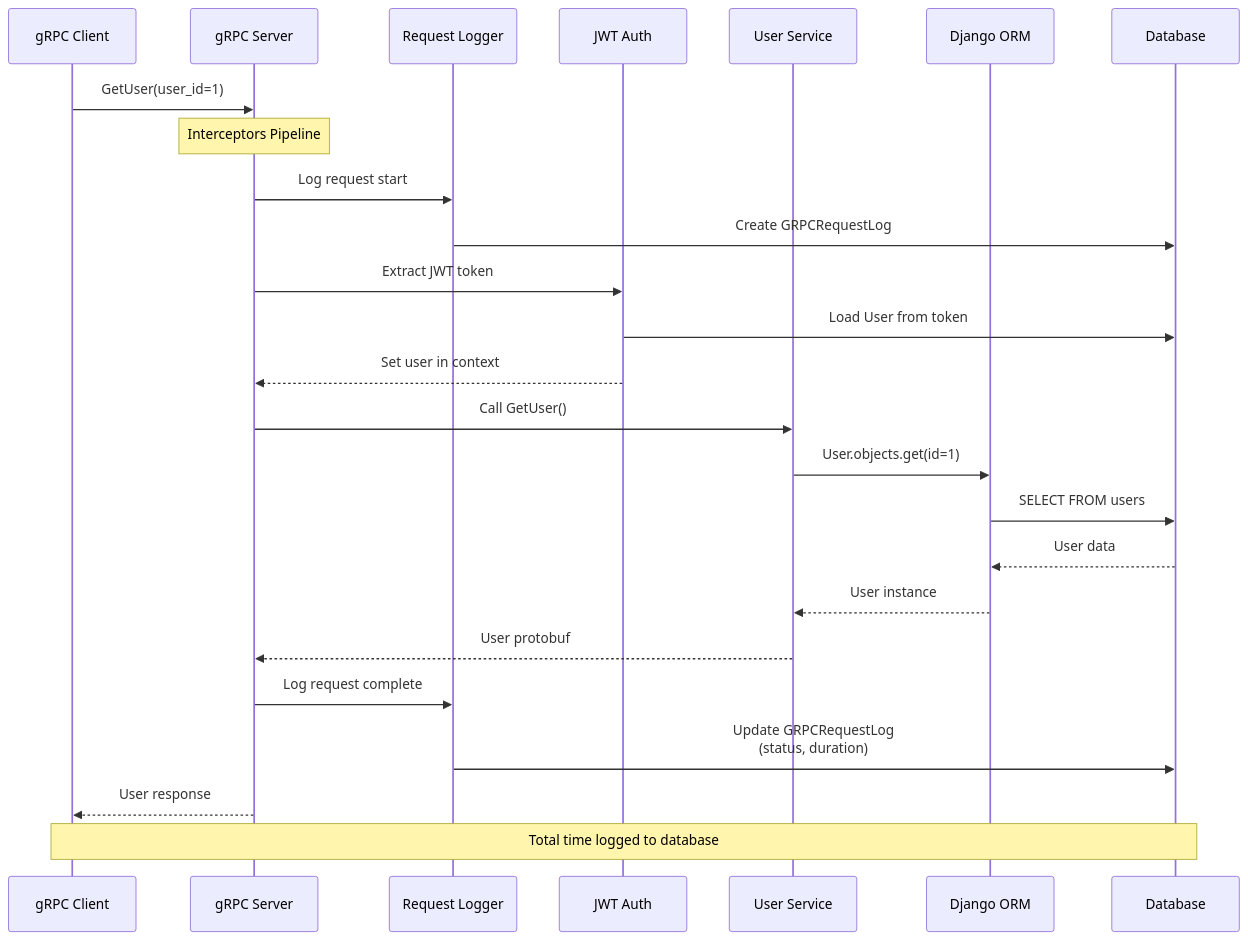
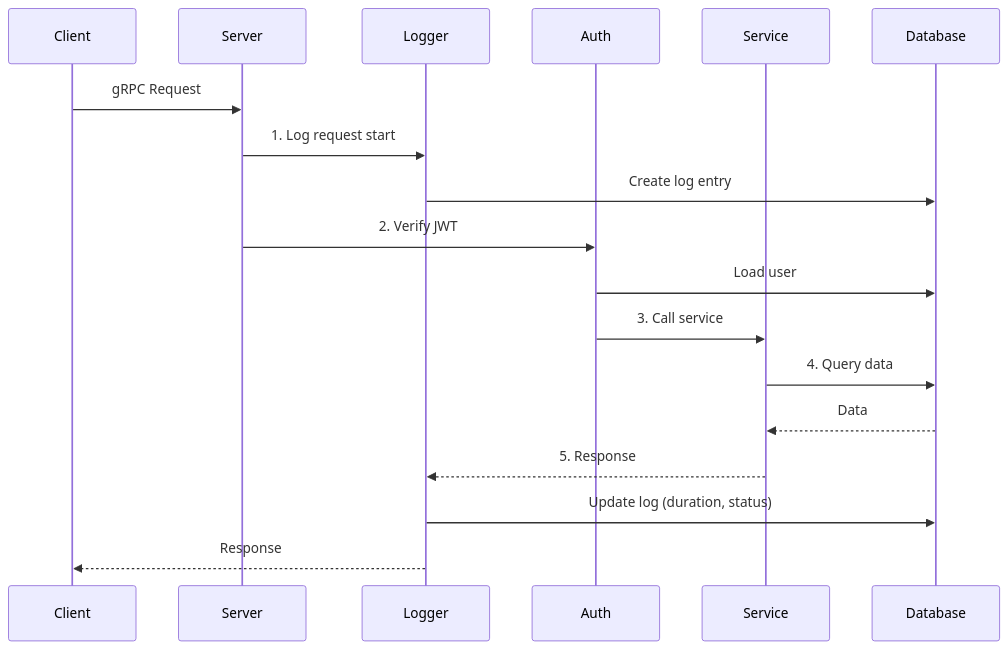
One commit to markolofsen/django-cfg changed the second of 2 diagrams in docs/features/integrations/grpc/index.md. Above: the diagram before and after it, drawn with Mermaid. The commit also changed other lines of this file and 739 other files, not shown here.

````diff
--- a/docs/features/integrations/grpc/index.md
+++ b/docs/features/integrations/grpc/index.md
@@ -346,34 +277,21 @@
 ```mermaid
 sequenceDiagram
-    participant Client as gRPC Client
-    participant Server as gRPC Server
-    participant Logger as Request Logger
-    participant Auth as JWT Auth
-    participant Service as User Service
-    participant ORM as Django ORM
+    participant C as Client
+    participant S as Server
+    participant L as Logger
+    participant A as Auth
+    participant SV as Service
     participant DB as Database
 
-    Client->>Server: GetUser(user_id=1)
-    Note over Server: Interceptors Pipeline
-
-    Server->>Logger: Log request start
-    Logger->>DB: Create GRPCRequestLog
-
-    Server->>Auth: Extract JWT token
-    Auth->>DB: Load User from token
-    Auth-->>Server: Set user in context
-
-    Server->>Service: Call GetUser()
-    Service->>ORM: User.objects.get(id=1)
-    ORM->>DB: SELECT FROM users
-    DB-->>ORM: User data
-    ORM-->>Service: User instance
-    Service-->>Server: User protobuf
-
-    Server->>Logger: Log request complete
-    Logger->>DB: Update GRPCRequestLog<br/>(status, duration)
-
-    Server-->>Client: User response
-
-    Note over Client,DB: Total time logged to database
+    C->>S: gRPC Request
+    S->>L: 1. Log request start
+    L->>DB: Create log entry
+    S->>A: 2. Verify JWT
+    A->>DB: Load user
+    A->>SV: 3. Call service
+    SV->>DB: 4. Query data
+    DB-->>SV: Data
+    SV-->>L: 5. Response
+    L->>DB: Update log (duration, status)
+    L-->>C: Response
 ```
````
